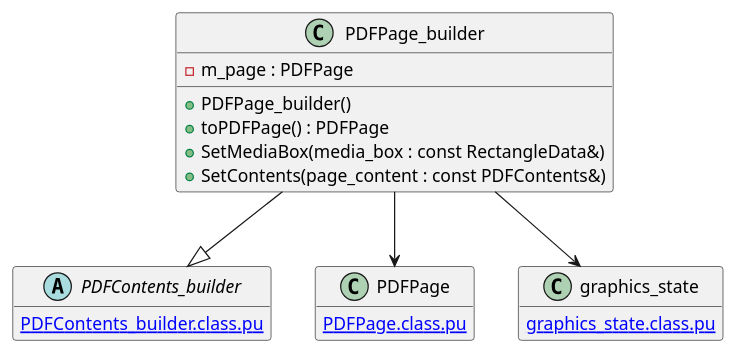
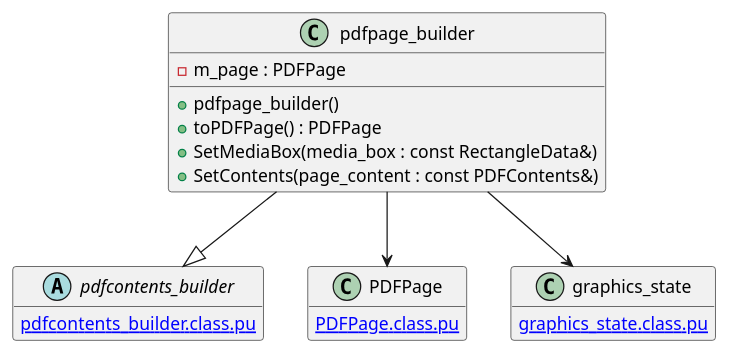
One commit to KodaiYM/PDFReader changed the diagram in document/document_reader/PDFPage_builder/PDFPage_builder.class.pu. Above: the diagram before and after it, drawn with PlantUML. The commit also changed 7 other files, not shown here.

```diff
--- a/document/document_reader/PDFPage_builder/PDFPage_builder.class.pu
+++ b/document/document_reader/PDFPage_builder/PDFPage_builder.class.pu
@@ -1,23 +1,23 @@
-@startuml PDFPage_builder
+@startuml pdfpage_builder
 hide empty members
-class PDFPage_builder {
-	+PDFPage_builder()
+class pdfpage_builder {
+	+pdfpage_builder()
 	+toPDFPage() : PDFPage
 	+SetMediaBox(media_box : const RectangleData&)
 	+SetContents(page_content : const PDFContents&)
 	-m_page : PDFPage
 }
-PDFPage_builder --|> PDFContents_builder
-PDFPage_builder --> PDFPage
-PDFPage_builder --> graphics_state
+pdfpage_builder --|> pdfcontents_builder
+pdfpage_builder --> PDFPage
+pdfpage_builder --> graphics_state
 
-abstract PDFContents_builder {
-	[[PDFContents_builder.class.pu]]
+abstract pdfcontents_builder {
+	[[pdfcontents_builder.class.pu]]
 }
 class PDFPage {
 	[[PDFPage.class.pu]]
 }
 class graphics_state {
 	[[graphics_state.class.pu]]
 }
 @enduml
```
